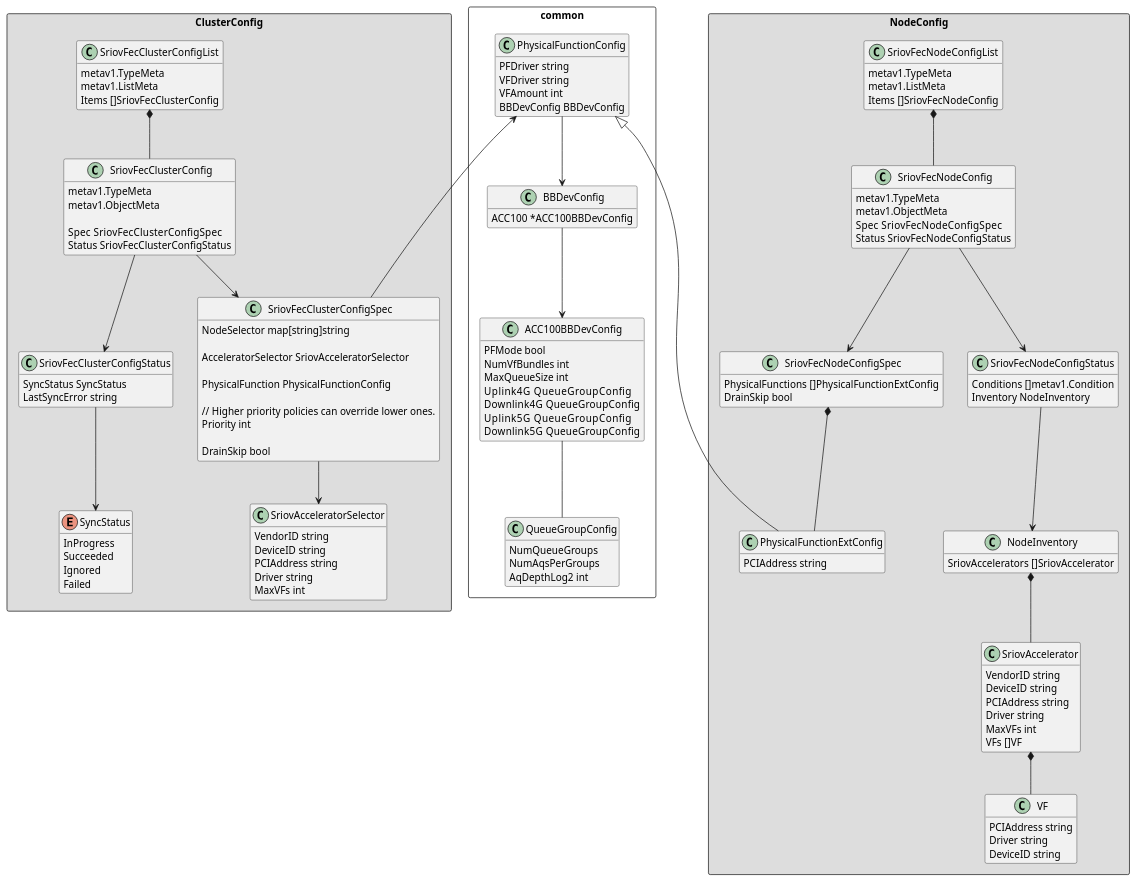
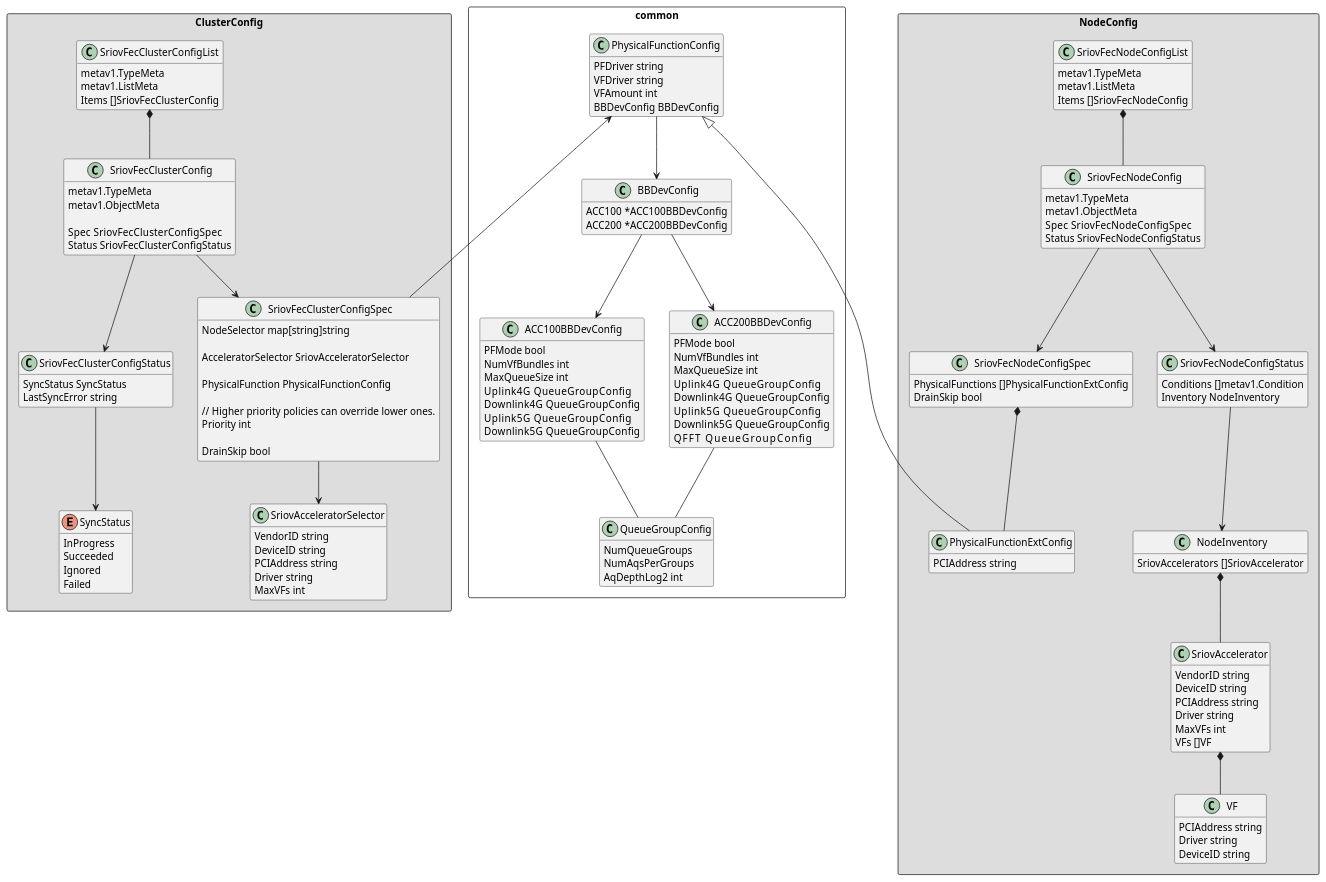
Before and after one commit to intel/sriov-fec-operator: the diagram in spec/sriov-fec-selector-based-api.puml, drawn with PlantUML. The commit also changed 14 other files, not shown here.

```diff
--- a/spec/sriov-fec-selector-based-api.puml
+++ b/spec/sriov-fec-selector-based-api.puml
@@ -4,155 +4,169 @@
 @startuml
 'https://plantuml.com/class-diagram
 
 hide empty methods
 
 package ClusterConfig <<rectangle>> #DDDDDD {
 
     class SriovFecClusterConfigList{
         metav1.TypeMeta
         metav1.ListMeta
         Items []SriovFecClusterConfig
     }
 
     class SriovFecClusterConfig{
         metav1.TypeMeta
         metav1.ObjectMeta
 
         Spec   SriovFecClusterConfigSpec
         Status SriovFecClusterConfigStatus
     }
 
     class SriovFecClusterConfigSpec {
         NodeSelector map[string]string
 
         AcceleratorSelector SriovAcceleratorSelector
 
         PhysicalFunction PhysicalFunctionConfig
 
         // Higher priority policies can override lower ones.
         Priority int
 
         DrainSkip bool
     }
 
     class SriovAcceleratorSelector {
         VendorID string
         DeviceID string
         PCIAddress string
         Driver string
         MaxVFs int
     }
 
     class SriovFecClusterConfigStatus {
         SyncStatus SyncStatus
         LastSyncError string
     }
 
     enum SyncStatus {
         InProgress
         Succeeded
         Ignored
         Failed
     }
 }
 
 package NodeConfig <<rectangle>> #DDDDDD {
 
     class SriovFecNodeConfigList {
         metav1.TypeMeta
         metav1.ListMeta
         Items []SriovFecNodeConfig
     }
 
     class SriovFecNodeConfig  {
         metav1.TypeMeta
         metav1.ObjectMeta
         Spec   SriovFecNodeConfigSpec
         Status SriovFecNodeConfigStatus
     }
 
     class SriovFecNodeConfigStatus {
         Conditions []metav1.Condition
         Inventory NodeInventory
     }
 
     class NodeInventory {
         SriovAccelerators []SriovAccelerator
     }
 
     class SriovAccelerator {
         VendorID string
         DeviceID string
         PCIAddress string
         Driver string
         MaxVFs int
         VFs []VF
     }
 
     class VF {
         PCIAddress string
         Driver string
         DeviceID string
     }
 
     class SriovFecNodeConfigSpec {
         PhysicalFunctions []PhysicalFunctionExtConfig
         DrainSkip bool
     }
 
     class PhysicalFunctionExtConfig {
         PCIAddress string
     }
 }
 
 package common <<rectangle>> {
     class PhysicalFunctionConfig {
         PFDriver string
         VFDriver string
         VFAmount int
         BBDevConfig BBDevConfig
     }
 
     class BBDevConfig {
         ACC100 *ACC100BBDevConfig
+        ACC200 *ACC200BBDevConfig
     }
 
     class ACC100BBDevConfig {
         PFMode bool
         NumVfBundles int
         MaxQueueSize int
         Uplink4G     QueueGroupConfig
         Downlink4G   QueueGroupConfig
         Uplink5G     QueueGroupConfig
         Downlink5G   QueueGroupConfig
+    }
+
+    class ACC200BBDevConfig {
+        PFMode bool
+        NumVfBundles int
+        MaxQueueSize int
+        Uplink4G     QueueGroupConfig
+        Downlink4G   QueueGroupConfig
+        Uplink5G     QueueGroupConfig
+        Downlink5G   QueueGroupConfig
+        QFFT         QueueGroupConfig
     }
 
     class QueueGroupConfig {
         NumQueueGroups
         NumAqsPerGroups
         AqDepthLog2 int
     }
 }
 
 
 
 PhysicalFunctionConfig --> BBDevConfig
 BBDevConfig --> ACC100BBDevConfig
+BBDevConfig --> ACC200BBDevConfig
 ACC100BBDevConfig -- QueueGroupConfig
+ACC200BBDevConfig -- QueueGroupConfig
 PhysicalFunctionConfig <|---- PhysicalFunctionExtConfig
 PhysicalFunctionConfig <--- SriovFecClusterConfigSpec
 SriovFecClusterConfigSpec --> SriovAcceleratorSelector
 SriovFecClusterConfigList *-- SriovFecClusterConfig
 SriovFecClusterConfig --> SriovFecClusterConfigStatus
 SriovFecClusterConfig --> SriovFecClusterConfigSpec
 SriovFecClusterConfigStatus --> SyncStatus
 SriovAccelerator *-- VF
 SriovFecNodeConfigList *-- SriovFecNodeConfig
 SriovFecNodeConfig --> SriovFecNodeConfigStatus
 SriovFecNodeConfig --> SriovFecNodeConfigSpec
 SriovFecNodeConfigStatus --> NodeInventory
 NodeInventory *-- SriovAccelerator
 SriovFecNodeConfigSpec *-- PhysicalFunctionExtConfig
 
 
 @enduml
```
